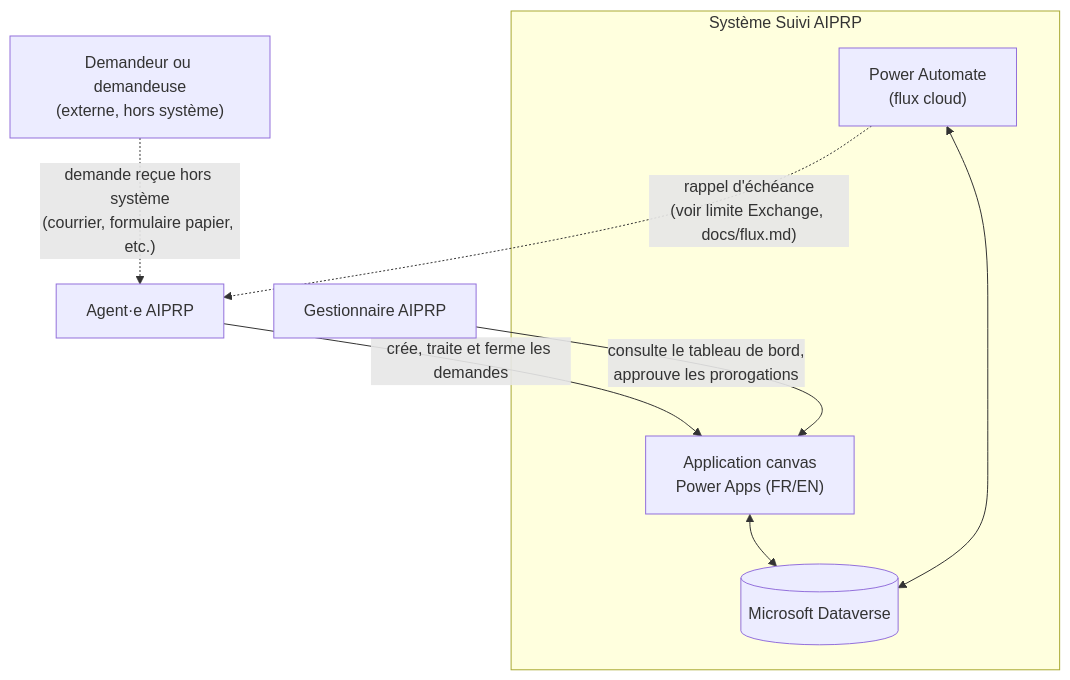
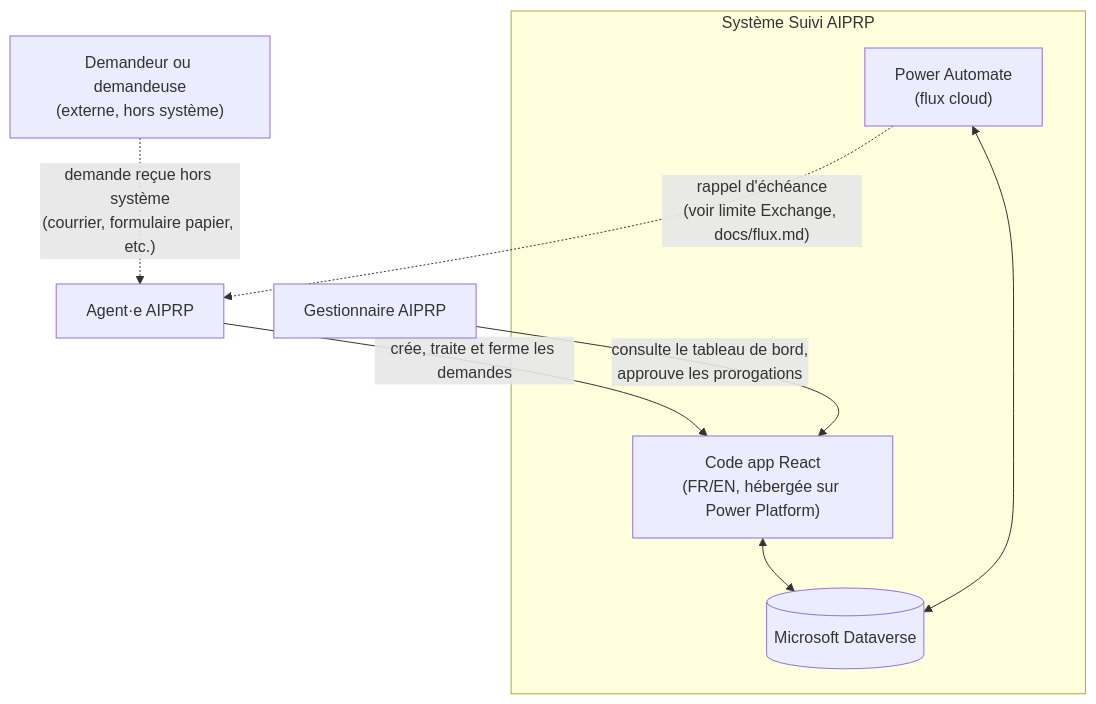
One commit to itsGween/tracker-aiprp changed the first of 3 diagrams in docs/architecture.md. Above: the diagram before and after it, drawn with Mermaid. The commit also changed other lines of this file and 16 other files, not shown here.

First line of the commit message:
refactor: pivot vers une Power Apps code app (React) au lieu du canvas

````diff
--- a/docs/architecture.md
+++ b/docs/architecture.md
@@ -11,19 +11,19 @@
 ```mermaid
 graph TD
     Agent["Agent·e AIPRP"]
     Gest["Gestionnaire AIPRP"]
     Demandeur["Demandeur ou demandeuse<br/>(externe, hors système)"]
 
     subgraph Systeme["Système Suivi AIPRP"]
-        App["Application canvas<br/>Power Apps (FR/EN)"]
+        App["Code app React<br/>(FR/EN, hébergée sur Power Platform)"]
         DV[("Microsoft Dataverse")]
         PA["Power Automate<br/>(flux cloud)"]
     end
 
     Agent -->|"crée, traite et ferme les demandes"| App
     Gest -->|"consulte le tableau de bord,<br/>approuve les prorogations"| App
     App <--> DV
     PA <--> DV
     PA -.->|"rappel d'échéance<br/>(voir limite Exchange, docs/flux.md)"| Agent
     Demandeur -.->|"demande reçue hors système<br/>(courrier, formulaire papier, etc.)"| Agent
 ```
````
